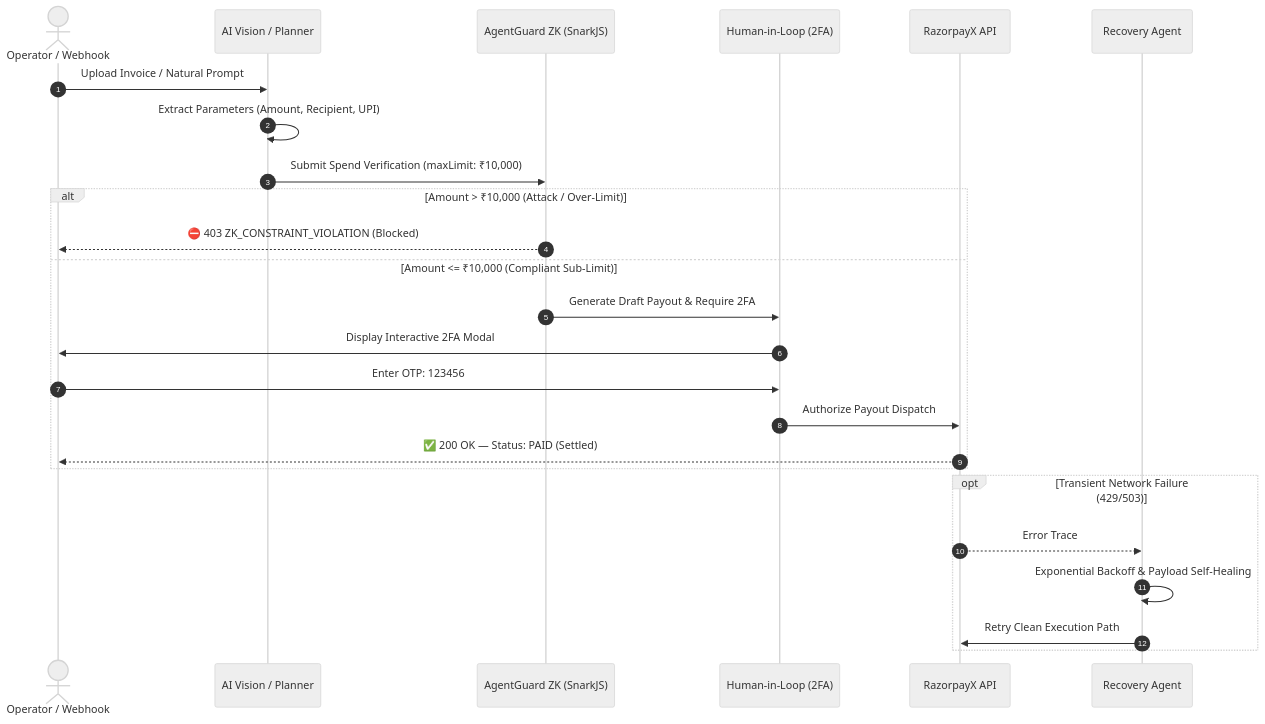
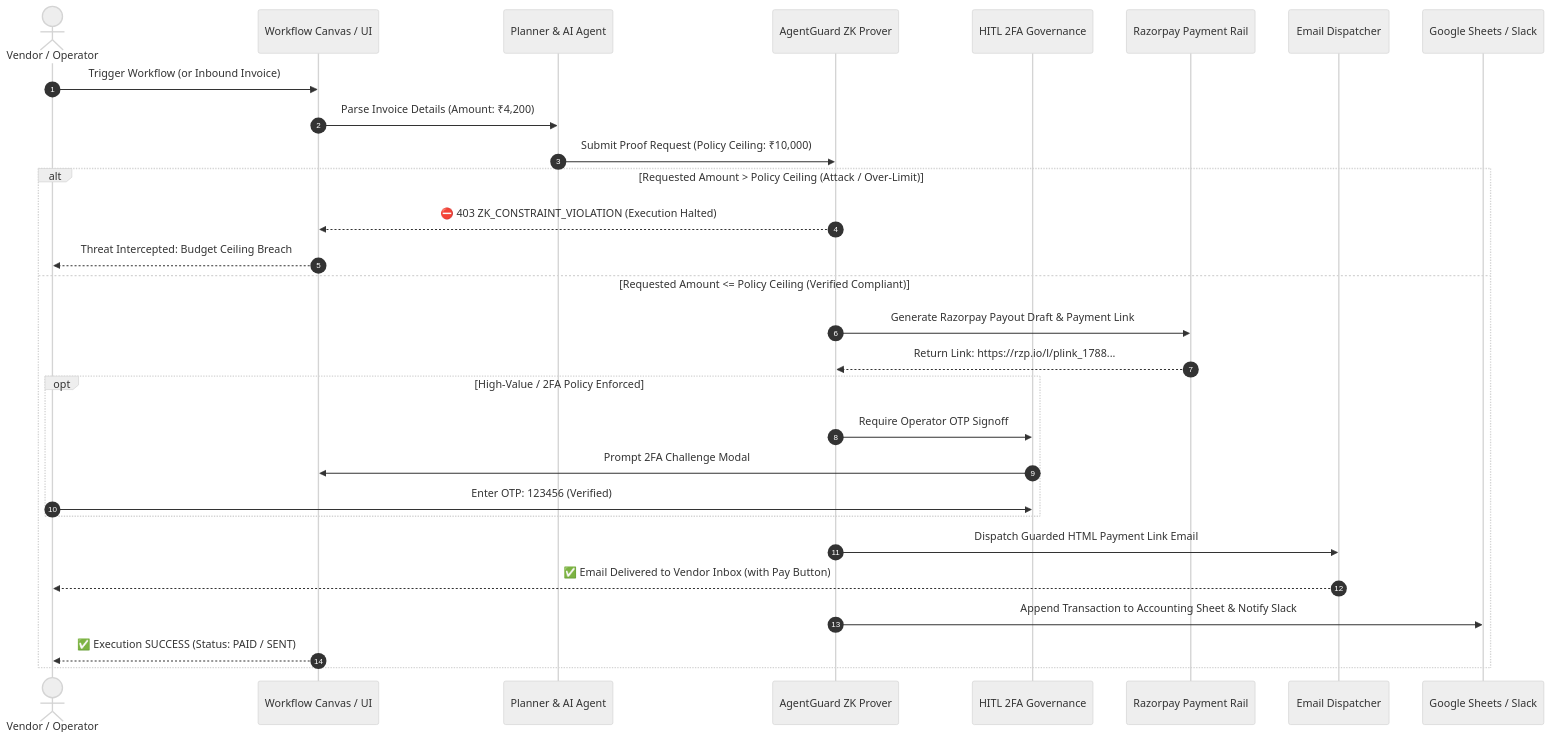
Before and after one commit to Arvindkumar-star/AgentFlow_AI_platform: the diagram in README.md, drawn with Mermaid (neutral theme). The commit also changed other lines of this file and 1 other file, not shown here.

Commit message:
docs: update production-grade README with live demo video, Razorpay financial infrastructure, and omnichannel automation specs

````diff
--- a/README.md
+++ b/README.md
@@ -173,30 +254,35 @@
 ```mermaid
 sequenceDiagram
     autonumber
-    actor User as Operator / Webhook
-    participant AI as AI Vision / Planner
-    participant ZK as AgentGuard ZK (SnarkJS)
-    participant HITL as Human-in-Loop (2FA)
-    participant RZP as RazorpayX API
-    participant REC as Recovery Agent
+    actor User as Vendor / Operator
+    participant UI as Workflow Canvas / UI
+    participant Planner as Planner & AI Agent
+    participant ZK as AgentGuard ZK Prover
+    participant HITL as HITL 2FA Governance
+    participant RZP as Razorpay Payment Rail
+    participant Mail as Email Dispatcher
+    participant Ledger as Google Sheets / Slack
 
-    User->>AI: Upload Invoice / Natural Prompt
-    AI->>AI: Extract Parameters (Amount, Recipient, UPI)
-    AI->>ZK: Submit Spend Verification (maxLimit: ₹10,000)
+    User->>UI: Trigger Workflow (or Inbound Invoice)
+    UI->>Planner: Parse Invoice Details (Amount: ₹4,200)
+    Planner->>ZK: Submit Proof Request (Policy Ceiling: ₹10,000)
     
-    alt Amount > ₹10,000 (Attack / Over-Limit)
-        ZK-->>User: ⛔ 403 ZK_CONSTRAINT_VIOLATION (Blocked)
-    else Amount <= ₹10,000 (Compliant Sub-Limit)
-        ZK->>HITL: Generate Draft Payout & Require 2FA
-        HITL->>User: Display Interactive 2FA Modal
-        User->>HITL: Enter OTP: 123456
-        HITL->>RZP: Authorize Payout Dispatch
-        RZP-->>User: ✅ 200 OK — Status: PAID (Settled)
-    end
-
-    opt Transient Network Failure (429/503)
-        RZP-->>REC: Error Trace
-        REC->>REC: Exponential Backoff & Payload Self-Healing
-        REC->>RZP: Retry Clean Execution Path
+    alt Requested Amount > Policy Ceiling (Attack / Over-Limit)
+        ZK-->>UI: ⛔ 403 ZK_CONSTRAINT_VIOLATION (Execution Halted)
+        UI-->>User: Threat Intercepted: Budget Ceiling Breach
+    else Requested Amount <= Policy Ceiling (Verified Compliant)
+        ZK->>RZP: Generate Razorpay Payout Draft & Payment Link
+        RZP-->>ZK: Return Link: https://rzp.io/l/plink_1788...
+        
+        opt High-Value / 2FA Policy Enforced
+            ZK->>HITL: Require Operator OTP Signoff
+            HITL->>UI: Prompt 2FA Challenge Modal
+            User->>HITL: Enter OTP: 123456 (Verified)
+        end
+        
+        ZK->>Mail: Dispatch Guarded HTML Payment Link Email
+        Mail-->>User: ✅ Email Delivered to Vendor Inbox (with Pay Button)
+        ZK->>Ledger: Append Transaction to Accounting Sheet & Notify Slack
+        UI-->>User: ✅ Execution SUCCESS (Status: PAID / SENT)
     end
 ```
````
